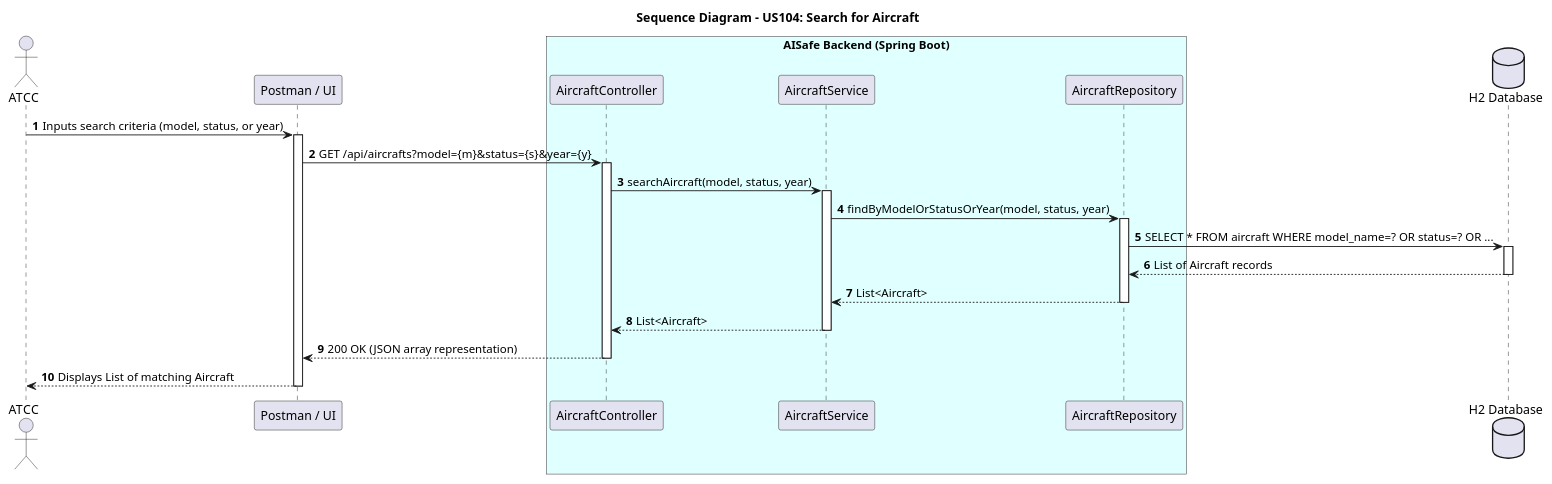
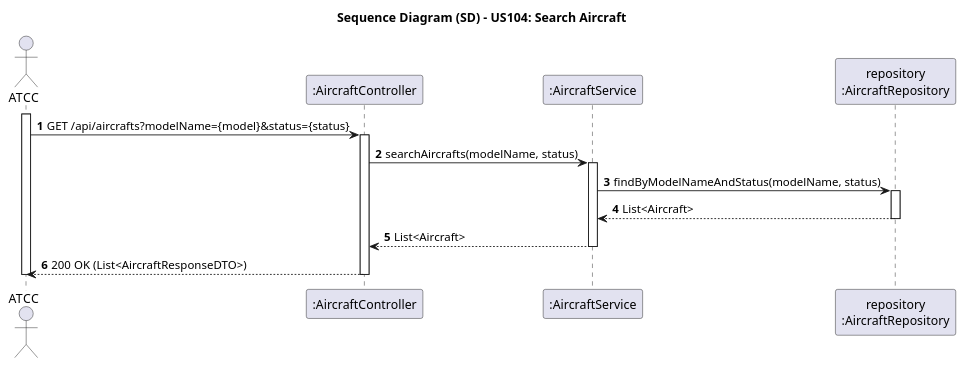
One commit to Andre-1240567/psoft2026_2DB_1240567_1241013_1240624 changed the diagram in docs/use-cases/WP#1A/US104/puml/US104-SD.puml. Above: the diagram before and after it, drawn with PlantUML. The commit also changed 21 other files, not shown here.

```diff
--- a/docs/use-cases/WP#1A/US104/puml/US104-SD.puml
+++ b/docs/use-cases/WP#1A/US104/puml/US104-SD.puml
@@ -1,43 +1,28 @@
-@startuml SD_US104
+@startuml US104-SSD
 autonumber
-title Sequence Diagram - US104: Search for Aircraft
+title Sequence Diagram (SD) - US104: Search Aircraft
 
-actor "ATCC" as Actor
-participant "Postman / UI" as UI
-box "AISafe Backend (Spring Boot)" #LightCyan
-participant "AircraftController" as Ctrl
-participant "AircraftService" as Service
-participant "AircraftRepository" as Repo
-end box
-database "H2 Database" as DB
+actor "ATCC" as ATCC
+participant ":AircraftController" as Ctrl
+participant ":AircraftService" as Service
+participant "repository\n:AircraftRepository" as Repo
 
-Actor -> UI: Inputs search criteria (model, status, or year)
-activate UI
-
-UI -> Ctrl: GET /api/aircrafts?model={m}&status={s}&year={y}
+activate ATCC
+ATCC -> Ctrl: GET /api/aircrafts?modelName={model}&status={status}
 activate Ctrl
 
-Ctrl -> Service: searchAircraft(model, status, year)
+Ctrl -> Service: searchAircrafts(modelName, status)
 activate Service
 
-Service -> Repo: findByModelOrStatusOrYear(model, status, year)
+Service -> Repo: findByModelNameAndStatus(modelName, status)
 activate Repo
-
-Repo -> DB: SELECT * FROM aircraft WHERE model_name=? OR status=? OR ...
-activate DB
-DB --> Repo: List of Aircraft records
-deactivate DB
-
 Repo --> Service: List<Aircraft>
 deactivate Repo
 
 Service --> Ctrl: List<Aircraft>
 deactivate Service
 
-Ctrl --> UI: 200 OK (JSON array representation)
+Ctrl --> ATCC: 200 OK (List<AircraftResponseDTO>)
 deactivate Ctrl
-
-UI --> Actor: Displays List of matching Aircraft
-deactivate UI
-
+deactivate ATCC
 @enduml
```
